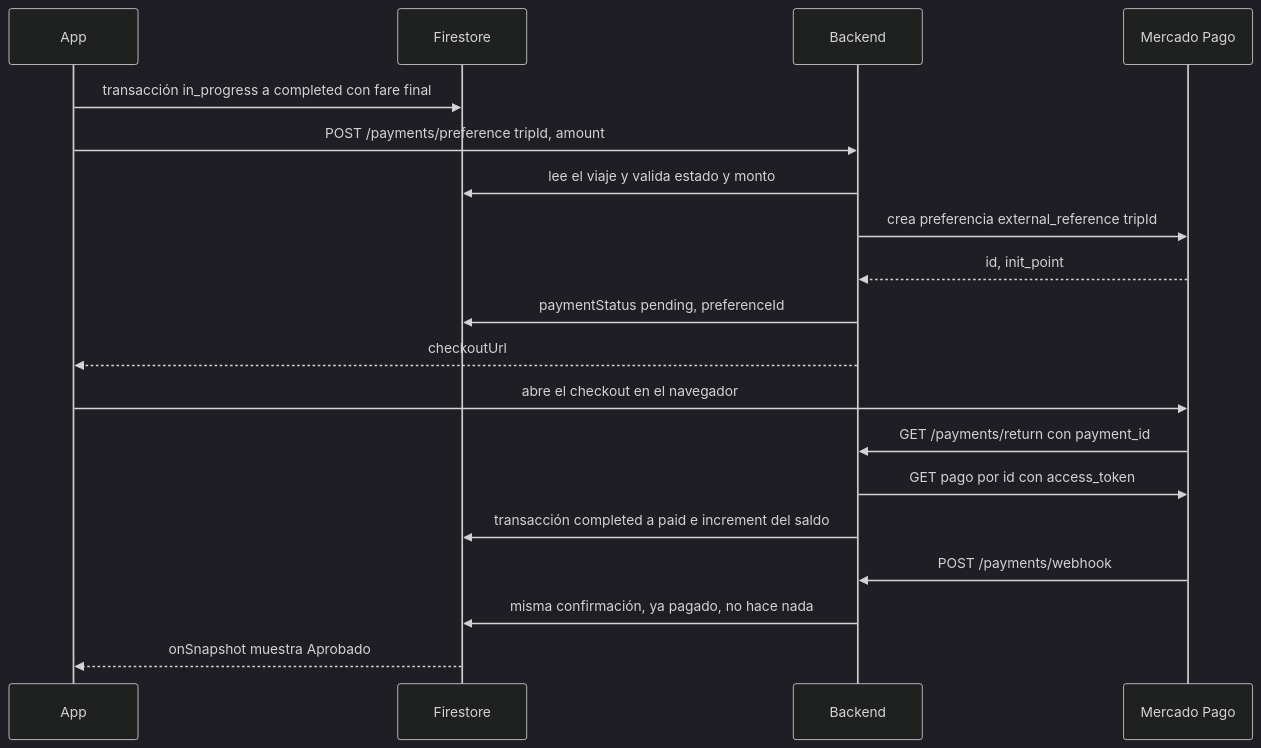
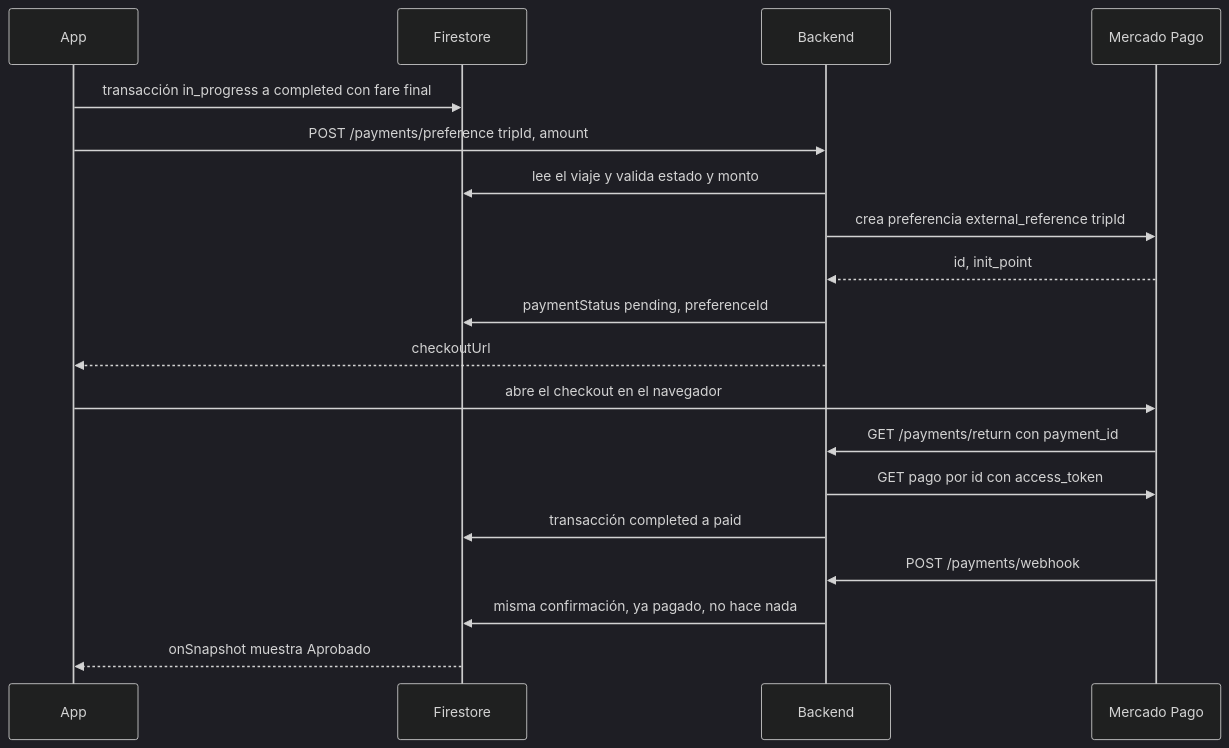
Before and after one commit to Etrejos97/uberclone-conductor: the sixth of 6 diagrams in docs/Diseno.md, drawn with Mermaid (dark theme). The commit also changed other lines of this file and 25 other files, not shown here.

````diff
--- a/docs/Diseno.md
+++ b/docs/Diseno.md
@@ -419,21 +430,21 @@
 ```mermaid
 sequenceDiagram
     participant A as App
     participant FS as Firestore
     participant B as Backend
     participant MP as Mercado Pago
     A->>FS: transacción in_progress a completed con fare final
     A->>B: POST /payments/preference tripId, amount
     B->>FS: lee el viaje y valida estado y monto
     B->>MP: crea preferencia external_reference tripId
     MP-->>B: id, init_point
     B->>FS: paymentStatus pending, preferenceId
     B-->>A: checkoutUrl
     A->>MP: abre el checkout en el navegador
     MP->>B: GET /payments/return con payment_id
     B->>MP: GET pago por id con access_token
-    B->>FS: transacción completed a paid e increment del saldo
+    B->>FS: transacción completed a paid
     MP->>B: POST /payments/webhook
     B->>FS: misma confirmación, ya pagado, no hace nada
     FS-->>A: onSnapshot muestra Aprobado
 ```
````
